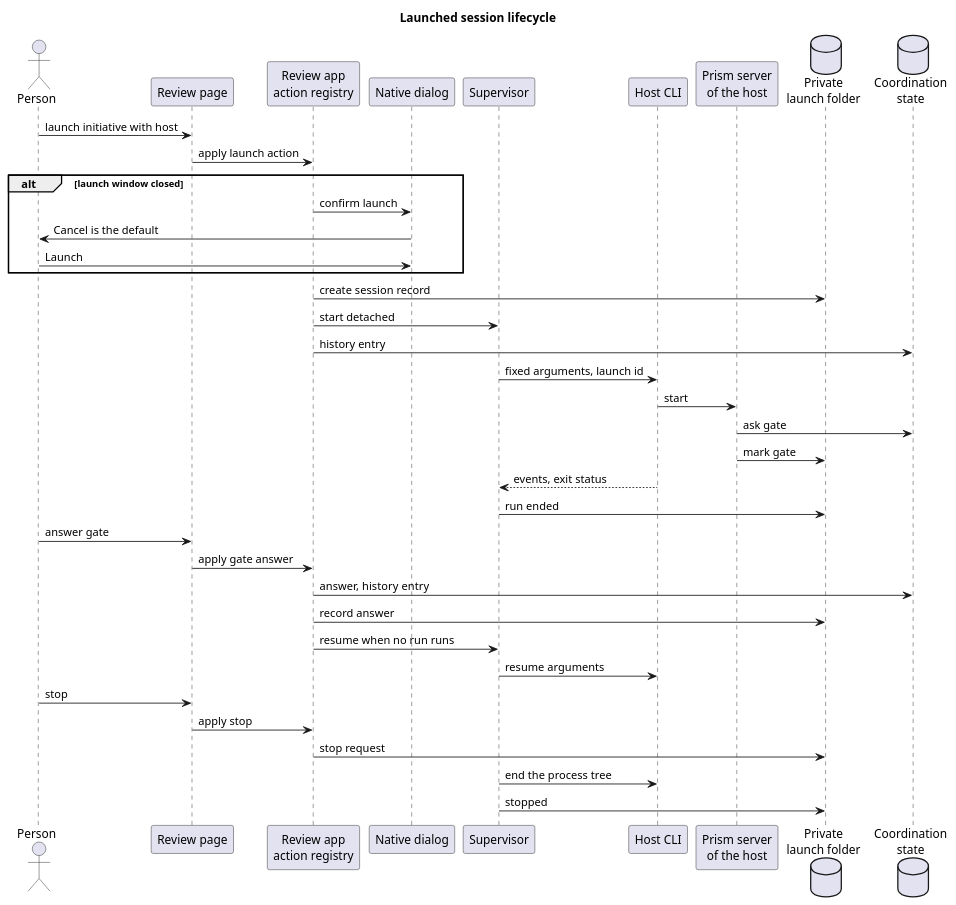
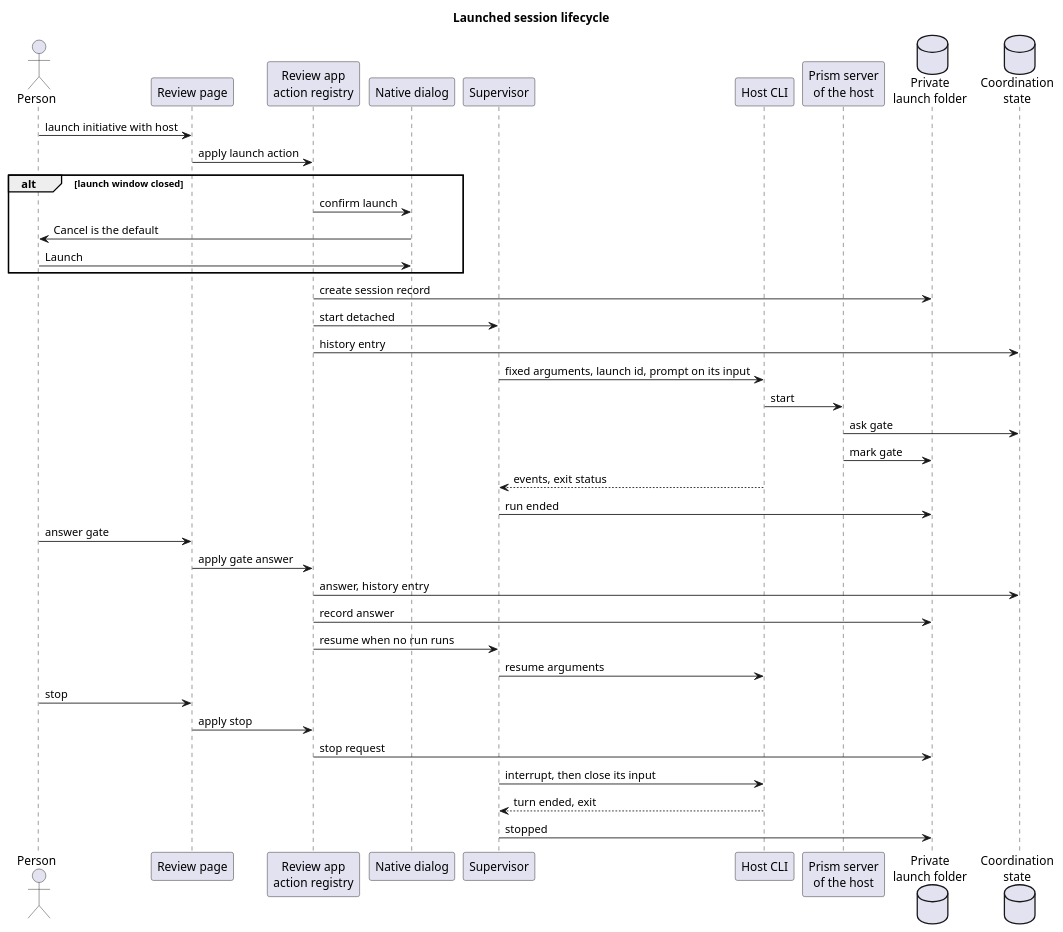
One commit to RumyantsevMichael/Prism changed the diagram in docs/ADRs/workflow-records/launched-sessions-lifecycle.puml. Above: the diagram before and after it, drawn with PlantUML. The commit also changed 17 other files, not shown here.

```diff
--- a/docs/ADRs/workflow-records/launched-sessions-lifecycle.puml
+++ b/docs/ADRs/workflow-records/launched-sessions-lifecycle.puml
@@ -1,40 +1,41 @@
 @startuml
 title Launched session lifecycle
 actor Person
 participant "Review page" as Page
 participant "Review app\naction registry" as App
 participant "Native dialog" as Dialog
 participant "Supervisor" as Sup
 participant "Host CLI" as Host
 participant "Prism server\nof the host" as Server
 database "Private\nlaunch folder" as Folder
 database "Coordination\nstate" as State
 
 Person -> Page : launch initiative with host
 Page -> App : apply launch action
 alt launch window closed
   App -> Dialog : confirm launch
   Dialog -> Person : Cancel is the default
   Person -> Dialog : Launch
 end
 App -> Folder : create session record
 App -> Sup : start detached
 App -> State : history entry
-Sup -> Host : fixed arguments, launch id
+Sup -> Host : fixed arguments, launch id, prompt on its input
 Host -> Server : start
 Server -> State : ask gate
 Server -> Folder : mark gate
 Host --> Sup : events, exit status
 Sup -> Folder : run ended
 Person -> Page : answer gate
 Page -> App : apply gate answer
 App -> State : answer, history entry
 App -> Folder : record answer
 App -> Sup : resume when no run runs
 Sup -> Host : resume arguments
 Person -> Page : stop
 Page -> App : apply stop
 App -> Folder : stop request
-Sup -> Host : end the process tree
+Sup -> Host : interrupt, then close its input
+Host --> Sup : turn ended, exit
 Sup -> Folder : stopped
 @enduml
```
